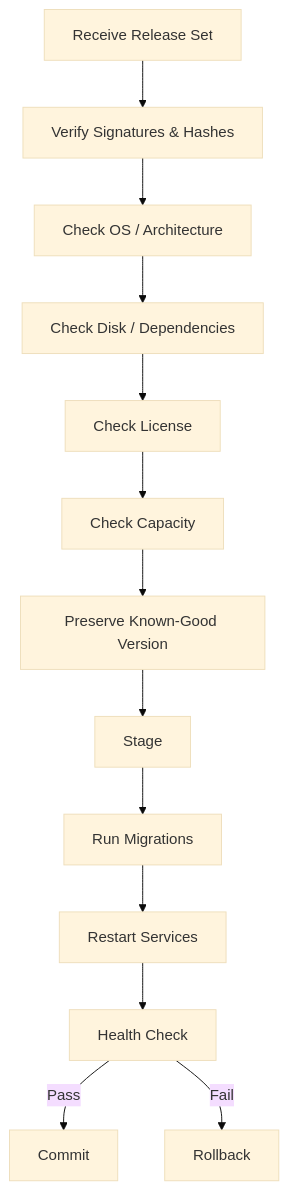
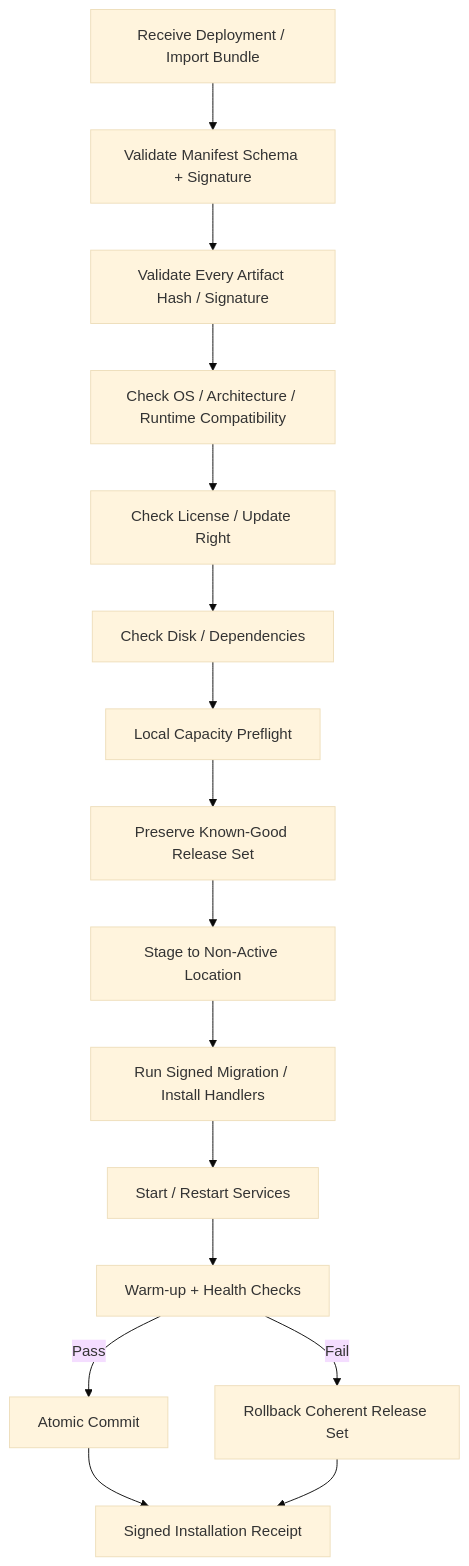
One commit to Niranjan1005/lms changed the diagram in docs/edge/update-manager.md. Above: the diagram before and after it, drawn with Mermaid (base theme). The commit also changed other lines of this file, not shown here.

```diff
--- a/docs/edge/update-manager.md
+++ b/docs/edge/update-manager.md
@@ -3,15 +7,18 @@
 ~~~mermaid
 flowchart TD
-    A[Receive Release Set] --> B[Verify Signatures & Hashes]
-    B --> C[Check OS / Architecture]
-    C --> D[Check Disk / Dependencies]
-    D --> E[Check License]
-    E --> F[Check Capacity]
-    F --> G[Preserve Known-Good Version]
-    G --> H[Stage]
-    H --> I[Run Migrations]
-    I --> J[Restart Services]
-    J --> K[Health Check]
-    K -->|Pass| L[Commit]
-    K -->|Fail| M[Rollback]
+    A[Receive Deployment / Import Bundle] --> B[Validate Manifest Schema + Signature]
+    B --> C[Validate Every Artifact Hash / Signature]
+    C --> D[Check OS / Architecture / Runtime Compatibility]
+    D --> E[Check License / Update Right]
+    E --> F[Check Disk / Dependencies]
+    F --> G[Local Capacity Preflight]
+    G --> H[Preserve Known-Good Release Set]
+    H --> I[Stage to Non-Active Location]
+    I --> J[Run Signed Migration / Install Handlers]
+    J --> K[Start / Restart Services]
+    K --> L[Warm-up + Health Checks]
+    L -->|Pass| M[Atomic Commit]
+    L -->|Fail| N[Rollback Coherent Release Set]
+    M --> O[Signed Installation Receipt]
+    N --> O
 ~~~
```
